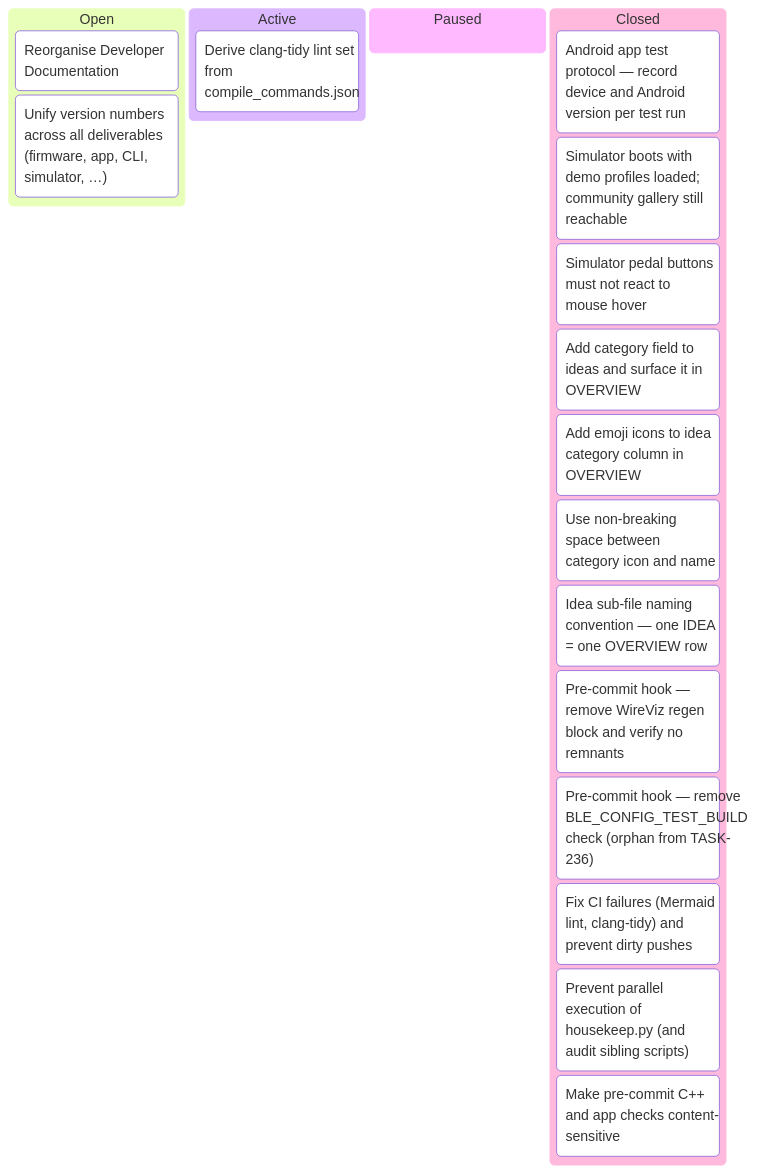
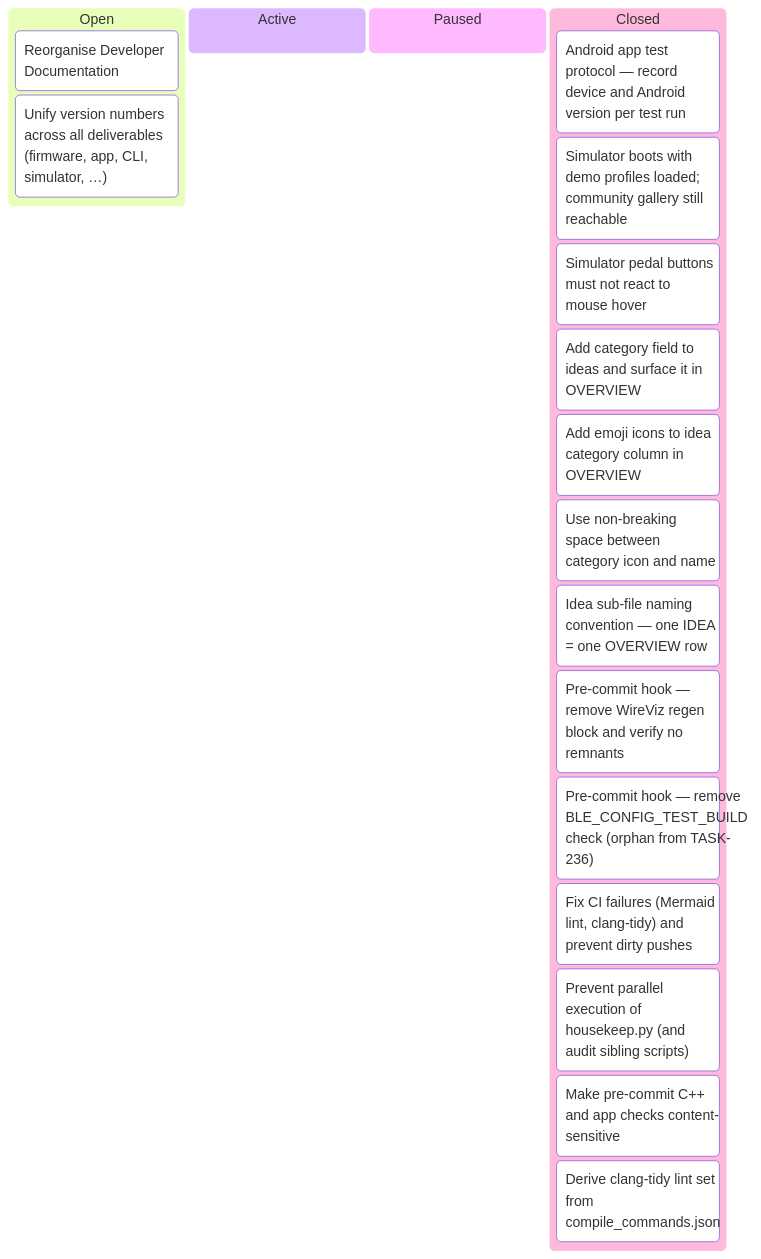
Before and after one commit to tgd1975/AwesomeStudioPedal: the seventh of 7 diagrams in docs/developers/tasks/KANBAN.md, drawn with Mermaid. The commit also changed other lines of this file and 5 other files, not shown here.

First line of the commit message:
close TASK-348: Derive clang-tidy lint set from compile_commands.json

````diff
--- a/docs/developers/tasks/KANBAN.md
+++ b/docs/developers/tasks/KANBAN.md
@@ -113,22 +113,22 @@
 ```mermaid
 kanban
   Open
     TASK_148["Reorganise Developer Documentation"]
     TASK_260["Unify version numbers across all deliverables (firmware, app, CLI, simulator, …)"]
   Active
-    TASK_348["Derive clang-tidy lint set from compile_commands.json"]
   Paused
   Closed
     TASK_259["Android app test protocol — record device and Android version per test run"]
     TASK_303["Simulator boots with demo profiles loaded; community gallery still reachable"]
     TASK_304["Simulator pedal buttons must not react to mouse hover"]
     TASK_305["Add category field to ideas and surface it in OVERVIEW"]
     TASK_313["Add emoji icons to idea category column in OVERVIEW"]
     TASK_314["Use non-breaking space between category icon and name"]
     TASK_315["Idea sub-file naming convention — one IDEA = one OVERVIEW row"]
     TASK_319["Pre-commit hook — remove WireViz regen block and verify no remnants"]
     TASK_320["Pre-commit hook — remove BLE_CONFIG_TEST_BUILD check (orphan from TASK-236)"]
     TASK_321["Fix CI failures (Mermaid lint, clang-tidy) and prevent dirty pushes"]
     TASK_328["Prevent parallel execution of housekeep.py (and audit sibling scripts)"]
     TASK_346["Make pre-commit C++ and app checks content-sensitive"]
+    TASK_348["Derive clang-tidy lint set from compile_commands.json"]
 ```
````
